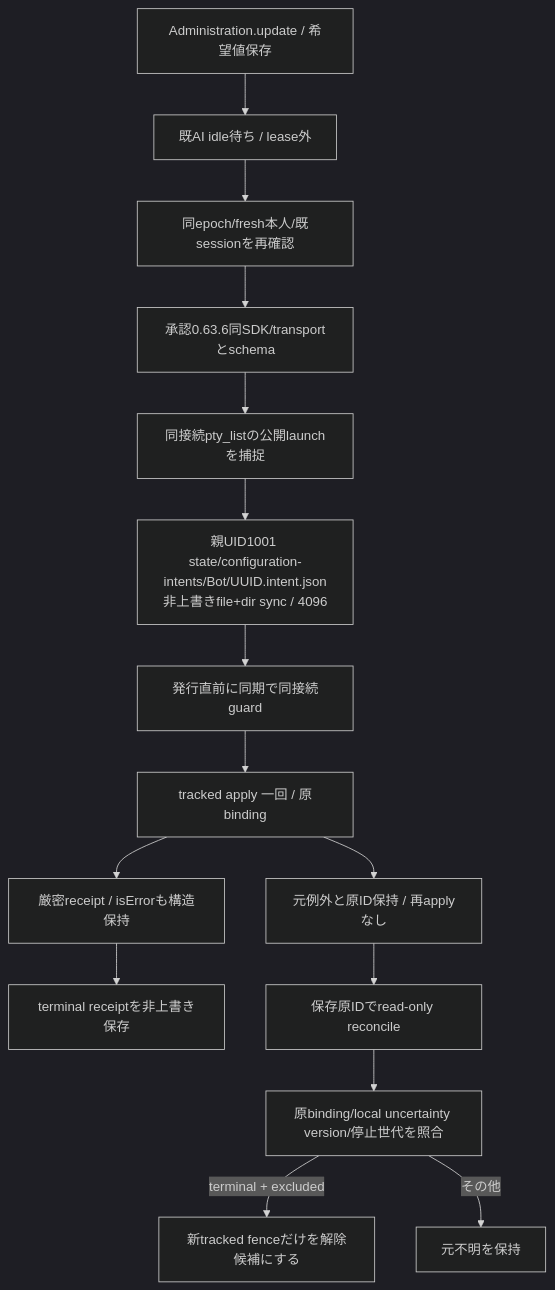
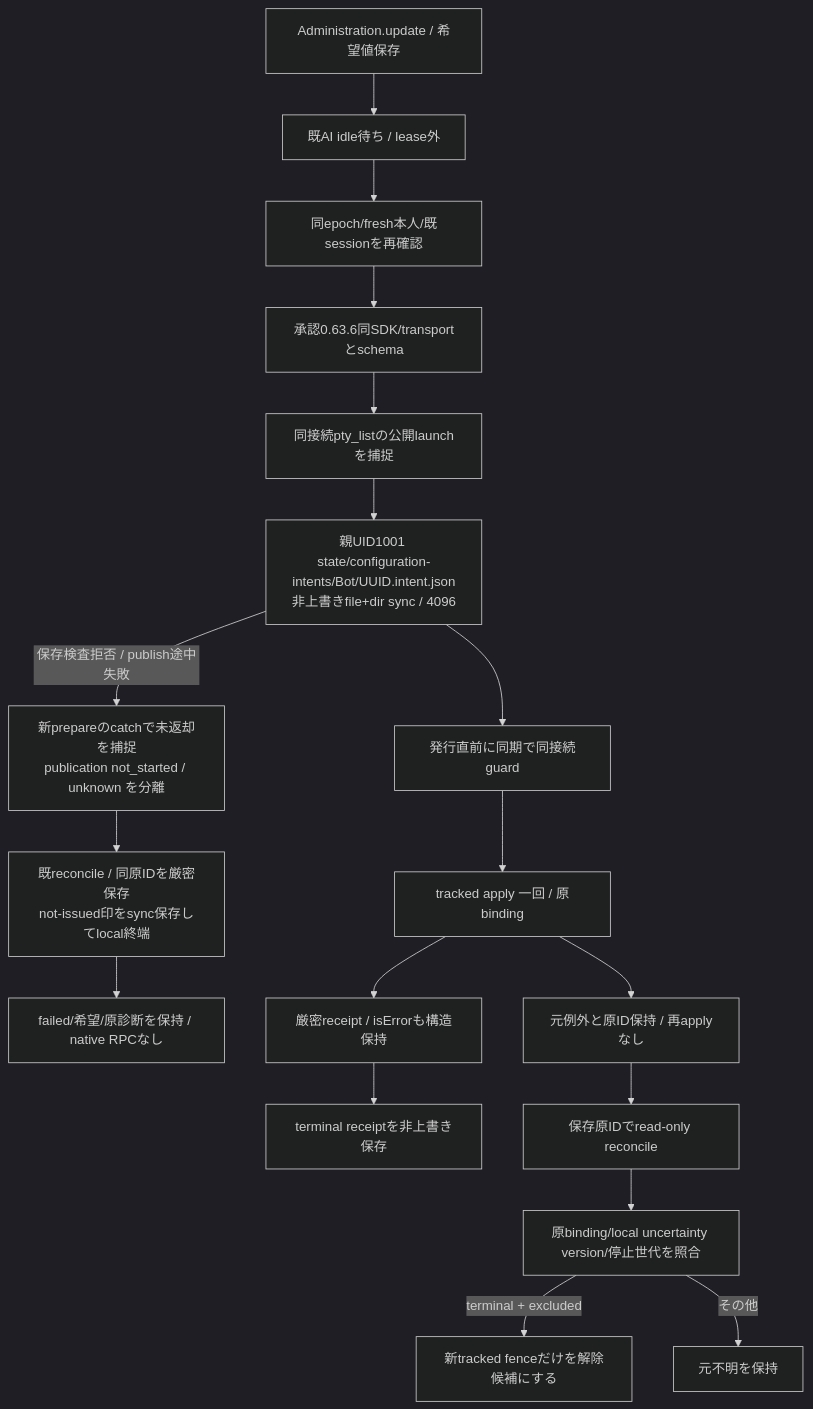
Before and after one commit to kitepon/BellTeam: the diagram in docs/architecture/modules/execution/configuration-requests.md, drawn with Mermaid (dark theme). The commit also changed other lines of this file and 8 other files, not shown here.

````diff
--- a/docs/architecture/modules/execution/configuration-requests.md
+++ b/docs/architecture/modules/execution/configuration-requests.md
@@ -5,17 +5,20 @@
 ```mermaid
 flowchart TD
   Desired[Administration.update / 希望値保存] --> Idle[既AI idle待ち / lease外]
   Idle --> Fresh[同epoch/fresh本人/既sessionを再確認]
   Fresh --> Capability[承認0.63.6同SDK/transportとschema]
   Capability --> Target[同接続pty_listの公開launchを捕捉]
   Target --> Intent[親UID1001 state/configuration-intents/Bot/UUID.intent.json<br/>非上書きfile+dir sync / 4096]
   Intent --> Guard[発行直前に同期で同接続guard]
+  Intent -->|保存検査拒否 / publish途中失敗| Rejected[新prepareのcatchで未返却を捕捉<br/>publication not_started / unknown を分離]
+  Rejected --> Local[既reconcile / 同原IDを厳密保存<br/>not-issued印をsync保存してlocal終端]
+  Local --> KeepHistory[failed/希望/原診断を保持 / native RPCなし]
   Guard --> Apply[tracked apply 一回 / 原binding]
   Apply --> Receipt[厳密receipt / isErrorも構造保持]
   Apply --> Unknown[元例外と原ID保持 / 再applyなし]
   Receipt --> Terminal[terminal receiptを非上書き保存]
   Unknown --> Reconcile[保存原IDでread-only reconcile]
   Reconcile --> Match[原binding/local uncertainty version/停止世代を照合]
   Match -->|terminal + excluded| Clear[新tracked fenceだけを解除候補にする]
   Match -->|その他| Keep[元不明を保持]
 ```
````
